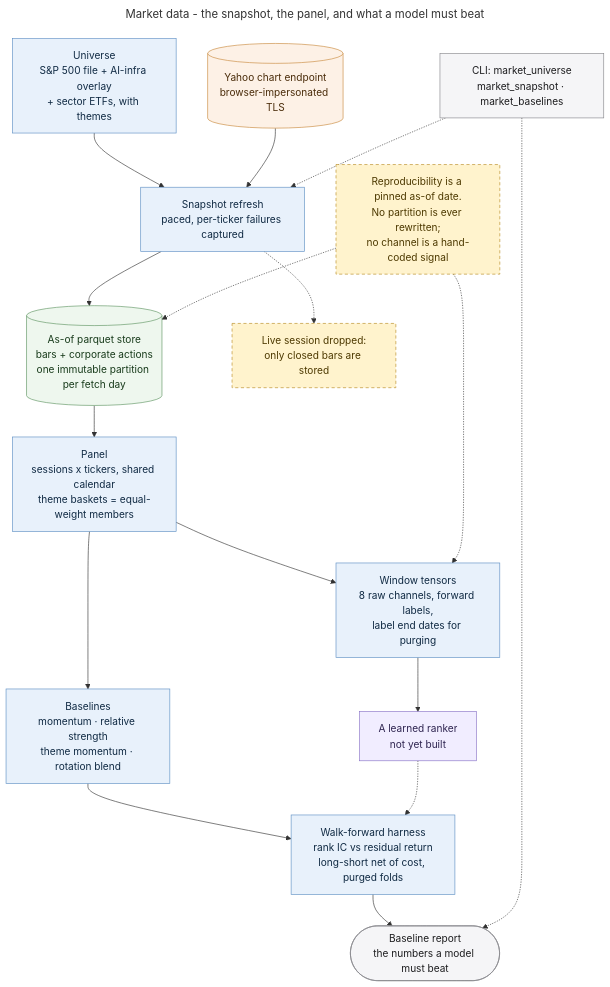
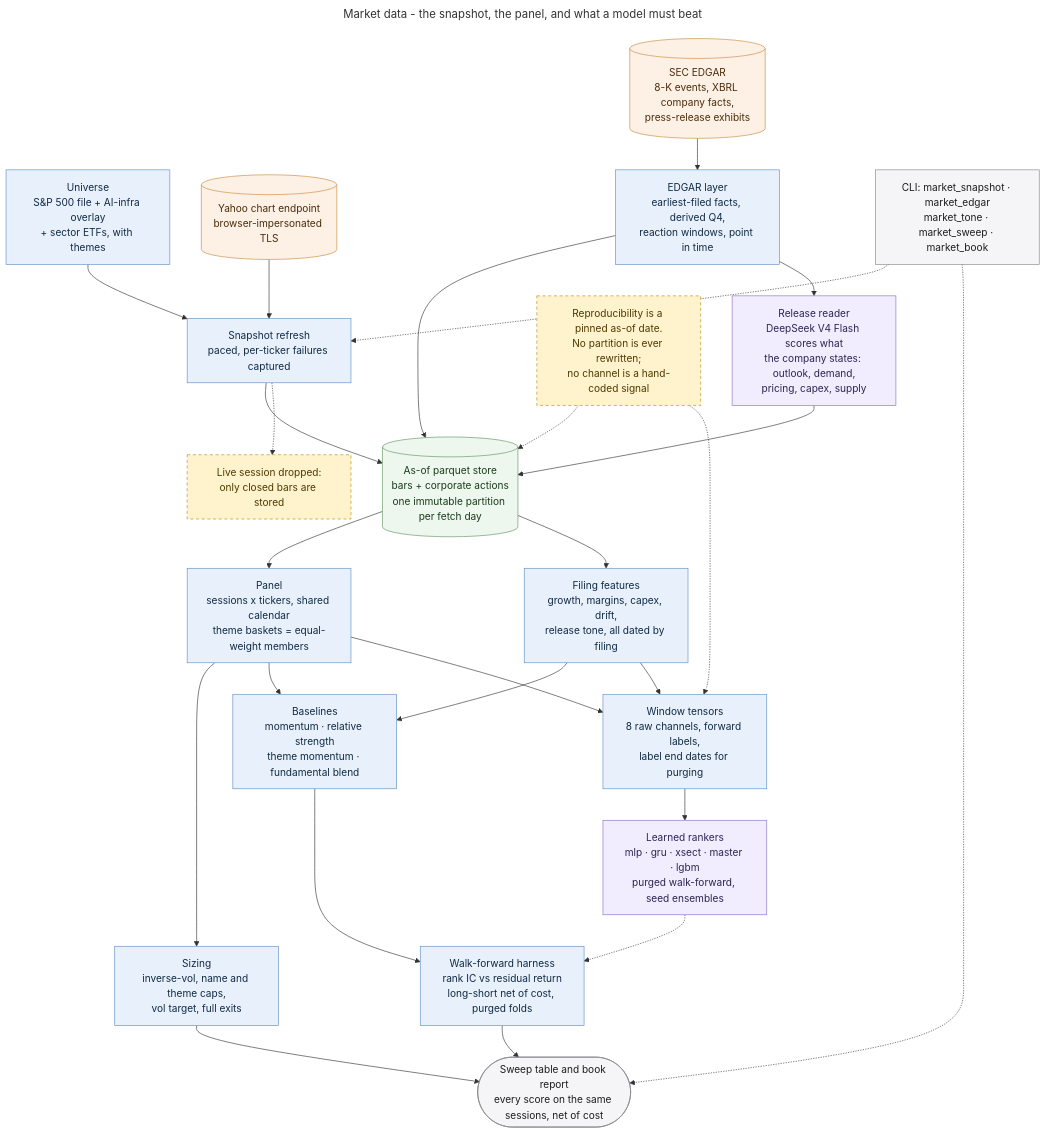
One commit to MallyaAni/PersonalAssistant changed the diagram in docs/diagrams/market-data.mmd. Above: the diagram before and after it, drawn with Mermaid. The commit also changed 35 other files, not shown here.

```diff
--- a/docs/diagrams/market-data.mmd
+++ b/docs/diagrams/market-data.mmd
@@ -1,36 +1,45 @@
 ---
 title: Market data - the snapshot, the panel, and what a model must beat
 ---
 flowchart TB
     Universe[Universe<br/>S&P 500 file + AI-infra overlay<br/>+ sector ETFs, with themes] --> Refresh[Snapshot refresh<br/>paced, per-ticker failures captured]
     Yahoo[(Yahoo chart endpoint<br/>browser-impersonated TLS)] --> Refresh
     Refresh --> Store[(As-of parquet store<br/>bars + corporate actions<br/>one immutable partition per fetch day)]
     Refresh -.-> Drop[Live session dropped:<br/>only closed bars are stored]
 
+    Edgar[(SEC EDGAR<br/>8-K events, XBRL company facts,<br/>press-release exhibits)] --> Filings[EDGAR layer<br/>earliest-filed facts, derived Q4,<br/>reaction windows, point in time]
+    Filings --> Store
+    Filings --> Reader[Release reader<br/>DeepSeek V4 Flash scores what<br/>the company states: outlook, demand,<br/>pricing, capex, supply]
+    Reader --> Store
     Store --> Panel[Panel<br/>sessions x tickers, shared calendar<br/>theme baskets = equal-weight members]
-    Panel --> Baselines[Baselines<br/>momentum · relative strength<br/>theme momentum · rotation blend]
+    Store --> Extras[Filing features<br/>growth, margins, capex, drift,<br/>release tone, all dated by filing]
+    Extras --> Baselines
+    Extras --> Windows
+    Panel --> Book[Sizing<br/>inverse-vol, name and theme caps,<br/>vol target, full exits]
+    Book --> Report
+    Panel --> Baselines[Baselines<br/>momentum · relative strength<br/>theme momentum · fundamental blend]
     Panel --> Windows[Window tensors<br/>8 raw channels, forward labels,<br/>label end dates for purging]
     Baselines --> Harness[Walk-forward harness<br/>rank IC vs residual return<br/>long-short net of cost, purged folds]
-    Windows --> Model[A learned ranker<br/>not yet built]
+    Windows --> Model[Learned rankers<br/>mlp · gru · xsect · master · lgbm<br/>purged walk-forward, seed ensembles]
     Model -.-> Harness
-    Harness --> Report([Baseline report<br/>the numbers a model must beat])
+    Harness --> Report([Sweep table and book report<br/>every score on the same sessions, net of cost])
 
-    CLI[CLI: market_universe<br/>market_snapshot · market_baselines] -.-> Refresh
+    CLI[CLI: market_snapshot · market_edgar<br/>market_tone · market_sweep · market_book] -.-> Refresh
     CLI -.-> Report
 
     Rule[Reproducibility is a pinned as-of date.<br/>No partition is ever rewritten;<br/>no channel is a hand-coded signal]
     Rule -.-> Store
     Rule -.-> Windows
 
     classDef interface fill:#f5f5f7,stroke:#86868b,color:#1d1d1f;
     classDef application fill:#e8f1fb,stroke:#5e8fc4,color:#102a43;
     classDef data fill:#eef7ee,stroke:#5f9562,color:#183b1b;
     classDef external fill:#fdf1e6,stroke:#c98a3d,color:#4a2c0a;
     classDef model fill:#f1edff,stroke:#8872c6,color:#2e2450;
     classDef warning fill:#fff3cd,stroke:#b78b20,color:#4d3900,stroke-dasharray:5 4;
     class CLI,Report interface;
-    class Universe,Refresh,Panel,Baselines,Windows,Harness application;
+    class Universe,Refresh,Filings,Panel,Baselines,Windows,Harness,Extras,Book application;
     class Store data;
-    class Yahoo external;
-    class Model model;
+    class Yahoo,Edgar external;
+    class Model,Reader model;
     class Rule,Drop warning;
```
